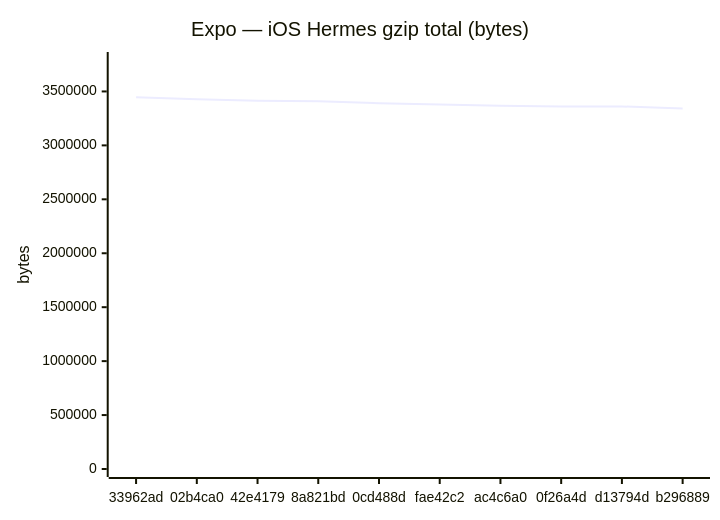
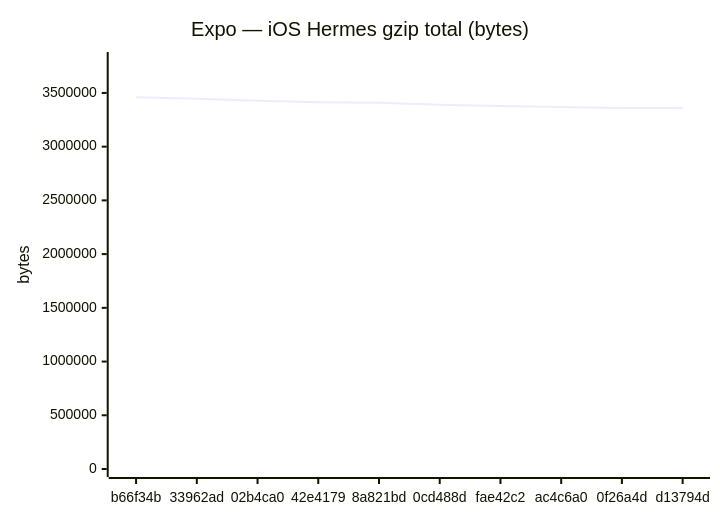
Before and after one commit to Metaheurist/Rianell: the sixth of 18 diagrams in benchmarks/compare.md, drawn with Mermaid. The commit also changed other lines of this file and 11 other files, not shown here.

````diff
--- a/benchmarks/compare.md
+++ b/benchmarks/compare.md
@@ -96,7 +96,7 @@
 ```mermaid
 xychart-beta
     title "Expo — iOS Hermes gzip total (bytes)"
-    x-axis ["33962ad", "02b4ca0", "42e4179", "8a821bd", "0cd488d", "fae42c2", "ac4c6a0", "0f26a4d", "d13794d", "b296889"]
-    y-axis "bytes" 0 --> 3791476
-    line [3446796, 3426562, 3414256, 3409221, 3391123, 3378280, 3368083, 3360774, 3360776, 3341646]
+    x-axis ["b66f34b", "33962ad", "02b4ca0", "42e4179", "8a821bd", "0cd488d", "fae42c2", "ac4c6a0", "0f26a4d", "d13794d"]
+    y-axis "bytes" 0 --> 3806501
+    line [3460455, 3446796, 3426562, 3414256, 3409221, 3391123, 3378280, 3368083, 3360774, 3360776]
 ```
````
